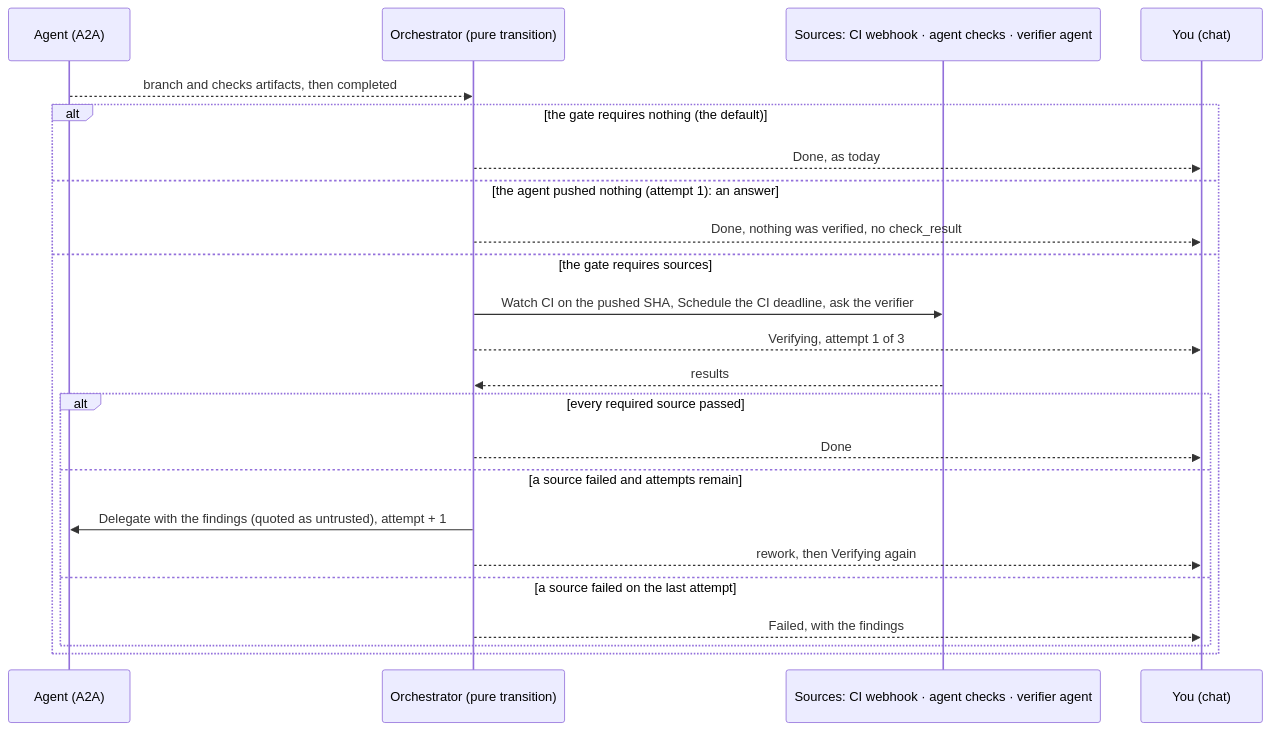
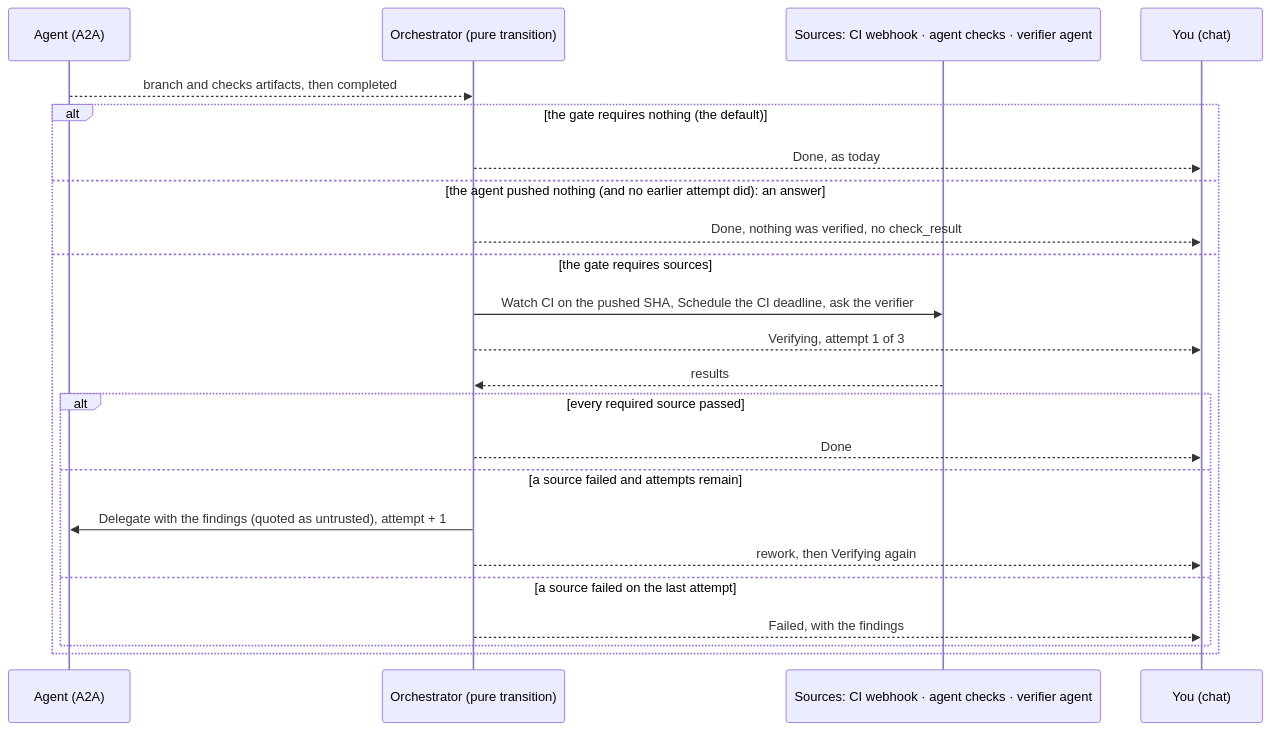
One commit to vymalo/another-agentic-system changed diagram 15 of 16 in docs/architecture.md. Above: the diagram before and after it, drawn with Mermaid. The commit also changed other lines of this file and 154 other files, not shown here.

````diff
--- a/docs/architecture.md
+++ b/docs/architecture.md
@@ -638,25 +638,25 @@
 ```mermaid
 sequenceDiagram
   participant A as Agent (A2A)
   participant O as Orchestrator (pure transition)
   participant X as Sources: CI webhook · agent checks · verifier agent
   participant Y as You (chat)
   A-->>O: branch and checks artifacts, then completed
   alt the gate requires nothing (the default)
     O-->>Y: Done, as today
-  else the agent pushed nothing (attempt 1): an answer
+  else the agent pushed nothing (and no earlier attempt did): an answer
     O-->>Y: Done, nothing was verified, no check_result
   else the gate requires sources
     O->>X: Watch CI on the pushed SHA, Schedule the CI deadline, ask the verifier
     O-->>Y: Verifying, attempt 1 of 3
     X-->>O: results
     alt every required source passed
       O-->>Y: Done
     else a source failed and attempts remain
       O->>A: Delegate with the findings (quoted as untrusted), attempt + 1
       O-->>Y: rework, then Verifying again
     else a source failed on the last attempt
       O-->>Y: Failed, with the findings
     end
   end
 ```
````
